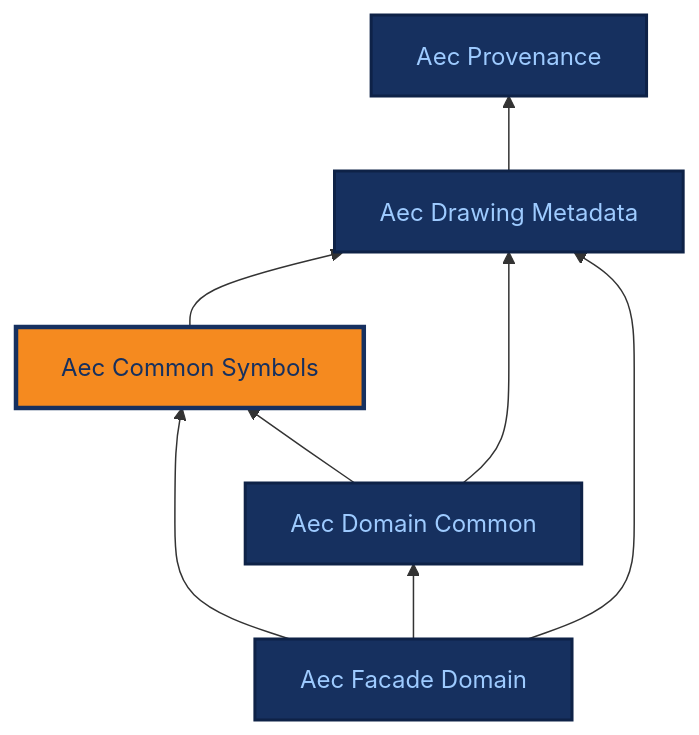
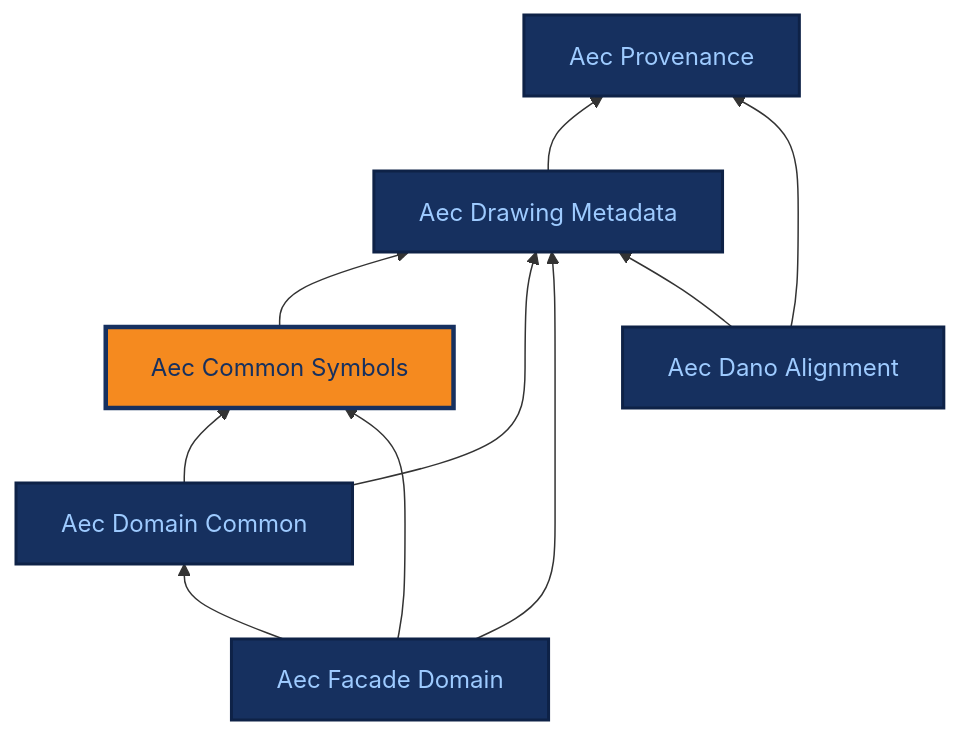
Before and after one commit to BuroHappoldMachineLearning/ADIRO: the diagram in docs/ontologies/aec_common_symbols.md, drawn with Mermaid. The commit also changed 11 other files, not shown here.

````diff
--- a/docs/ontologies/aec_common_symbols.md
+++ b/docs/ontologies/aec_common_symbols.md
@@ -17,25 +17,29 @@
 ```mermaid
 %%{init: {"themeCSS": ".base .nodeLabel,.base .nodeLabel p,.base text,.base tspan{fill:#9ecbff !important;color:#9ecbff !important}.current .nodeLabel,.current .nodeLabel p,.current text,.current tspan{fill:#16305f !important;color:#16305f !important}"} }%%
 graph BT
     aec_provenance["Aec Provenance"]
     aec_drawing_metadata["Aec Drawing Metadata"]
     aec_common_symbols["Aec Common Symbols"]
     aec_domain_common["Aec Domain Common"]
     aec_facade_domain["Aec Facade Domain"]
+    aec_dano_alignment["Aec Dano Alignment"]
     aec_drawing_metadata --> aec_provenance
     aec_common_symbols --> aec_drawing_metadata
     aec_domain_common --> aec_common_symbols
     aec_domain_common --> aec_drawing_metadata
     aec_facade_domain --> aec_common_symbols
     aec_facade_domain --> aec_domain_common
     aec_facade_domain --> aec_drawing_metadata
+    aec_dano_alignment --> aec_drawing_metadata
+    aec_dano_alignment --> aec_provenance
     click aec_provenance "../aec_provenance/" "Aec Provenance reference page"
     click aec_drawing_metadata "../aec_drawing_metadata/" "Aec Drawing Metadata reference page"
     click aec_common_symbols "../aec_common_symbols/" "Aec Common Symbols reference page"
     click aec_domain_common "../aec_domain_common/" "Aec Domain Common reference page"
     click aec_facade_domain "../aec_facade_domain/" "Aec Facade Domain reference page"
+    click aec_dano_alignment "../aec_dano_alignment/" "Aec Dano Alignment reference page"
     classDef base fill:#16305f,stroke:#0e2247,stroke-width:2px,color:#9ecbff;
-    class aec_provenance,aec_drawing_metadata,aec_domain_common,aec_facade_domain base;
+    class aec_provenance,aec_drawing_metadata,aec_domain_common,aec_facade_domain,aec_dano_alignment base;
     classDef current fill:#f58a1f,stroke:#16305f,stroke-width:3px,color:#16305f;
     class aec_common_symbols current;
 ```
````
